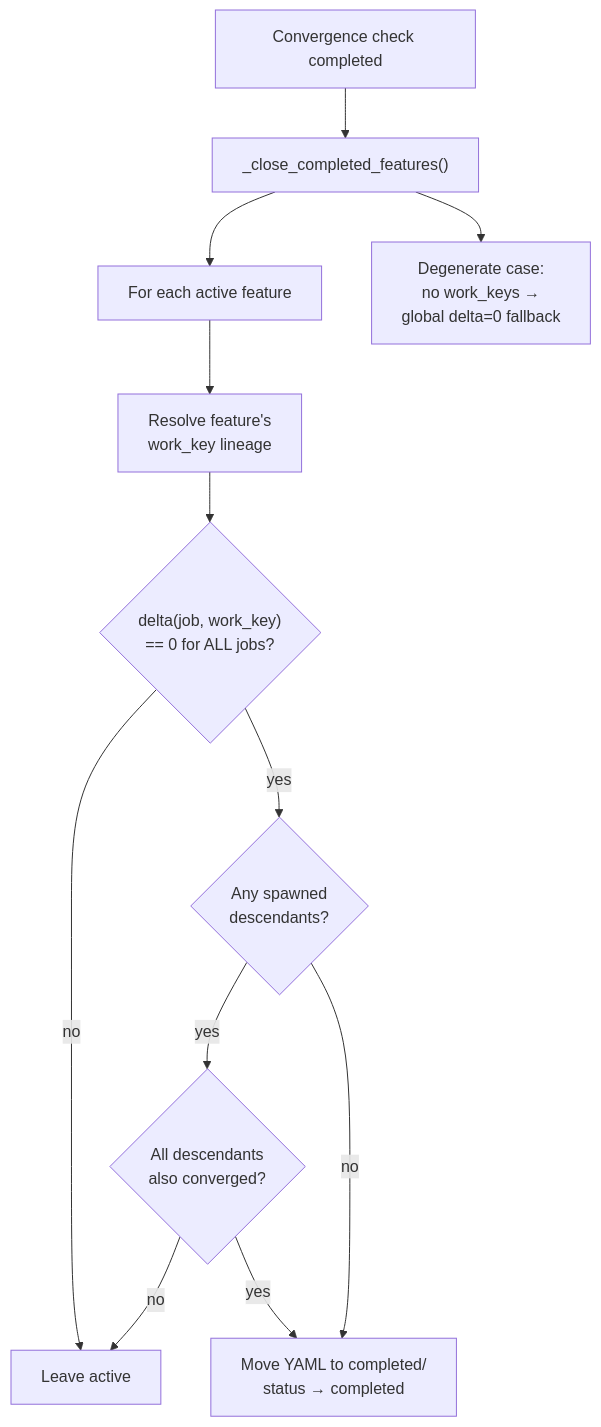
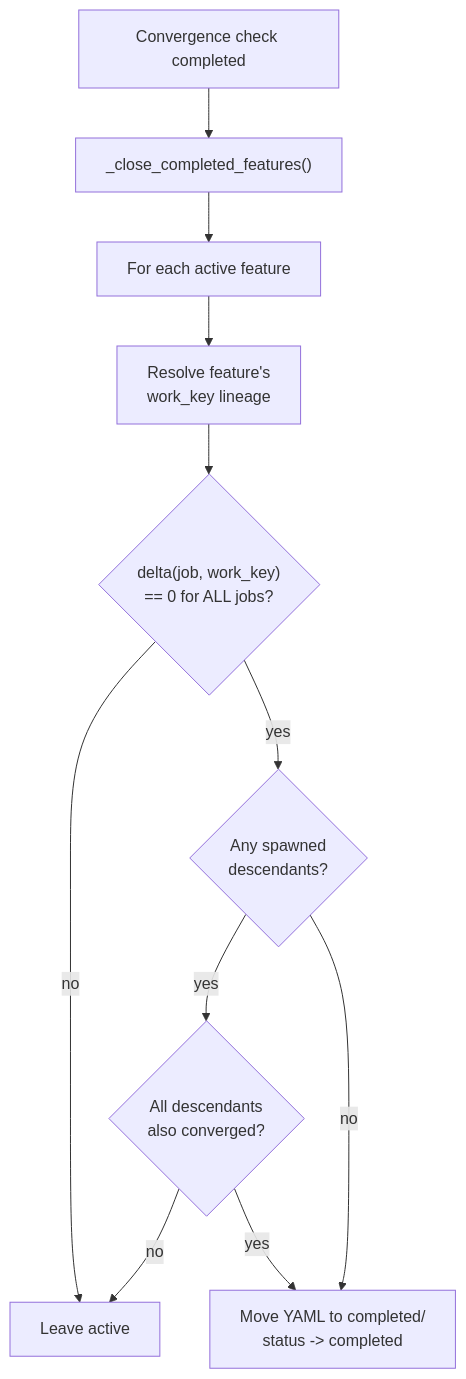
Diagram 17 of 23 in docs/ABG_Design_Document.md (foolishimp/abiogenesis), drawn with Mermaid before and after one commit. The commit also changed other lines of this file and 90 other files, not shown here.

````diff
--- a/docs/ABG_Design_Document.md
+++ b/docs/ABG_Design_Document.md
@@ -606,15 +806,13 @@
 ```mermaid
 flowchart TD
     GC["Convergence check completed"] --> FC["_close_completed_features()"]
     FC --> FK["For each active feature"]
     FK --> RWK["Resolve feature's\nwork_key lineage"]
     RWK --> D0{"delta(job, work_key)\n== 0 for ALL jobs?"}
     D0 -->|no| NA["Leave active"]
     D0 -->|yes| CH{"Any spawned\ndescendants?"}
     CH -->|yes| FB{"All descendants\nalso converged?"}
     FB -->|no| NA
-    FB -->|yes| MV["Move YAML to completed/\nstatus → completed"]
+    FB -->|yes| MV["Move YAML to completed/\nstatus -> completed"]
     CH -->|no| MV
-
-    FC --> DG["Degenerate case:\nno work_keys →\nglobal delta=0 fallback"]
 ```
````
